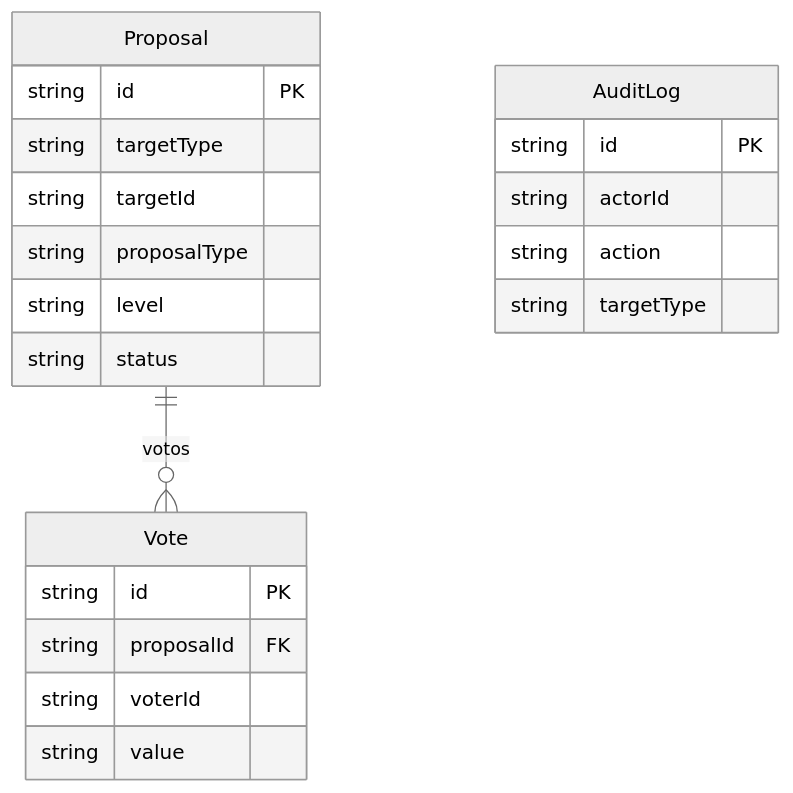
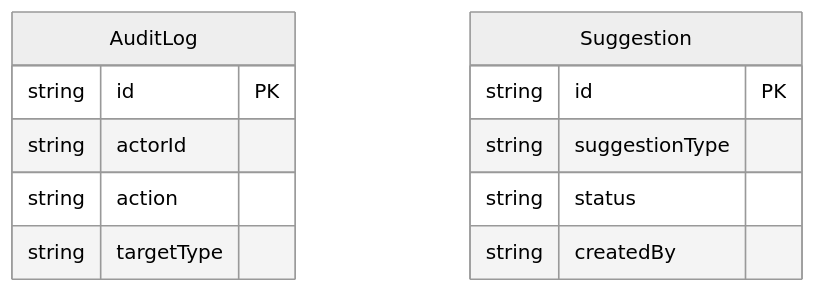
The ninth of 14 diagrams in docs/backend/modelo-de-datos.md (BOTC3PO/Proyecto_final), drawn with Mermaid (neutral theme) before and after one commit. The commit also changed other lines of this file and 6 other files, not shown here.

````diff
--- a/docs/backend/modelo-de-datos.md
+++ b/docs/backend/modelo-de-datos.md
@@ -421,24 +477,15 @@
 ```mermaid
 erDiagram
-    Proposal ||--o{ Vote : "votos"
-    Proposal {
-        string id PK
-        string targetType
-        string targetId
-        string proposalType
-        string level
-        string status
-    }
-    Vote {
-        string id PK
-        string proposalId FK
-        string voterId
-        string value
-    }
     AuditLog {
         string id PK
         string actorId
         string action
         string targetType
     }
+    Suggestion {
+        string id PK
+        string suggestionType
+        string status
+        string createdBy
+    }
 ```
````
